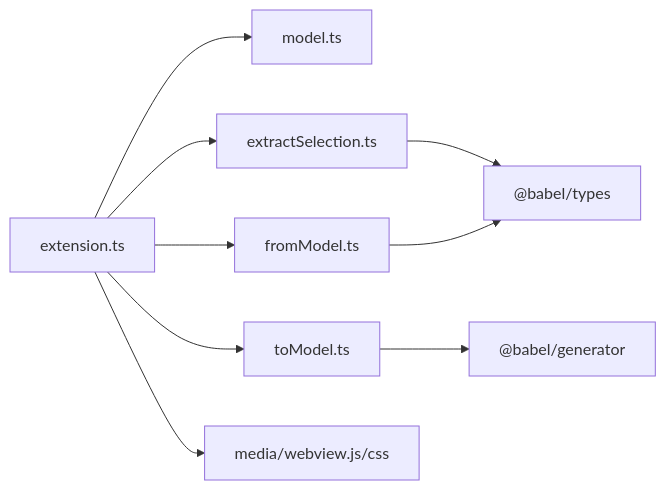
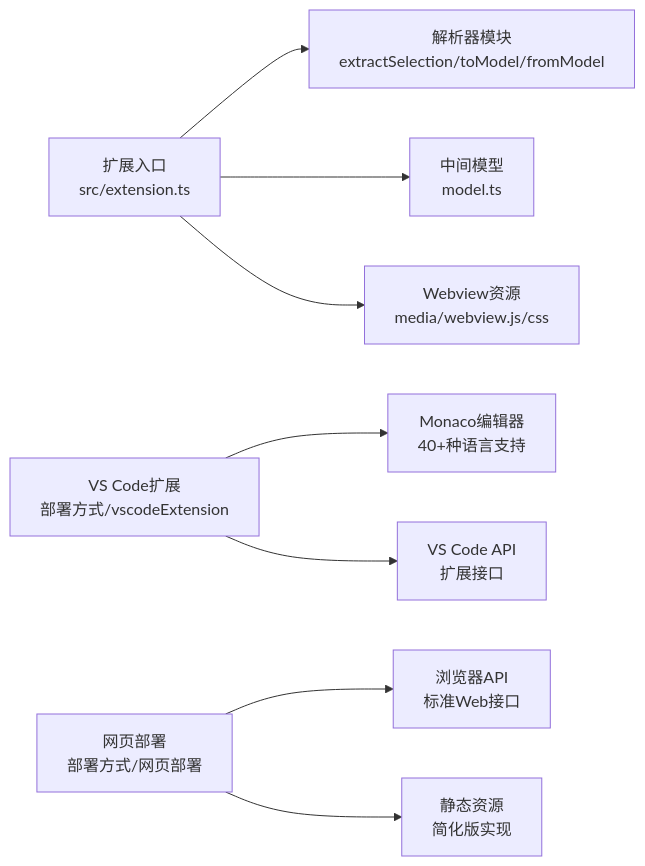
One commit to meiok1/wysjson changed the sixth of 6 diagrams in .qoder/repowiki/zh/content/开发者指南/构建和部署.md. Above: the diagram before and after it, drawn with Mermaid. The commit also changed other lines of this file and 45 other files, not shown here.

````diff
--- a/.qoder/repowiki/zh/content/开发者指南/构建和部署.md
+++ b/.qoder/repowiki/zh/content/开发者指南/构建和部署.md
@@ -299,11 +360,10 @@
 ```mermaid
 graph LR
-Ext["extension.ts"] --> Model["model.ts"]
-Ext --> ParserSel["extractSelection.ts"]
-Ext --> ParserTo["toModel.ts"]
-Ext --> ParserFrom["fromModel.ts"]
-Ext --> WV["media/webview.js/css"]
-ParserSel --> Types["@babel/types"]
-ParserTo --> Gen["@babel/generator"]
-ParserFrom --> Types
+Ext["扩展入口<br/>src/extension.ts"] --> Parser["解析器模块<br/>extractSelection/toModel/fromModel"]
+Ext --> Model["中间模型<br/>model.ts"]
+Ext --> WV["Webview资源<br/>media/webview.js/css"]
+VSExt["VS Code扩展<br/>部署方式/vscodeExtension"] --> Monaco["Monaco编辑器<br/>40+种语言支持"]
+VSExt --> VSAPI["VS Code API<br/>扩展接口"]
+WebEnv["网页部署<br/>部署方式/网页部署"] --> Browser["浏览器API<br/>标准Web接口"]
+WebEnv --> Static["静态资源<br/>简化版实现"]
 ```
````
